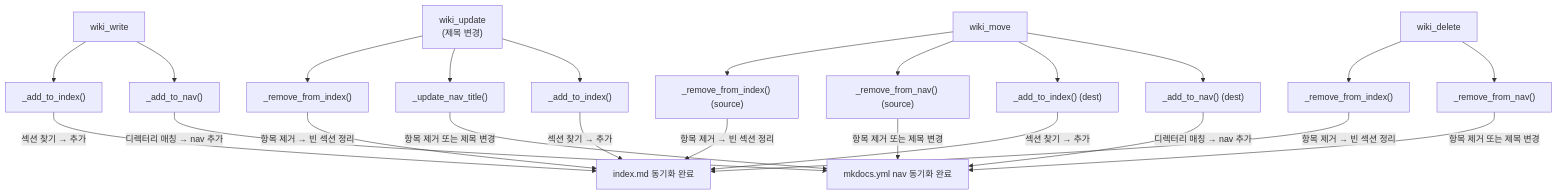
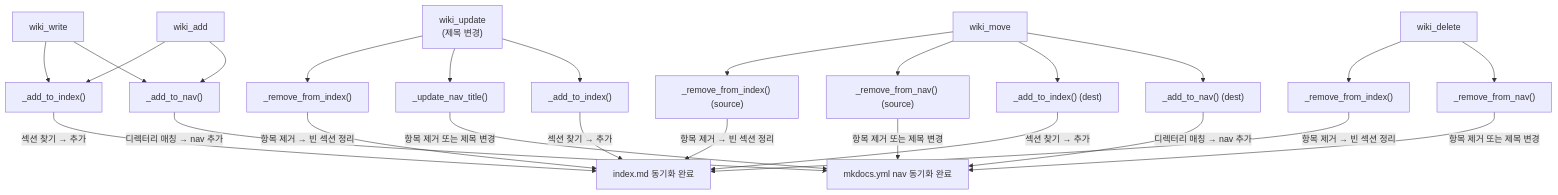
The eighth of 9 diagrams in docs/projects/wiki-mcp.md (icarus-inte01/wiki), drawn with Mermaid before and after one commit. The commit also changed other lines of this file, not shown here.

Commit message:
docs: update wiki-mcp design doc with wiki_add tool (10 tools)

````diff
--- a/docs/projects/wiki-mcp.md
+++ b/docs/projects/wiki-mcp.md
@@ -290,19 +330,21 @@
 ```mermaid
 flowchart TD
     W["wiki_write"] --> AI["_add_to_index()"]
     W --> AN["_add_to_nav()"]
+    A["wiki_add"] --> AI
+    A --> AN
     U["wiki_update<br/>(제목 변경)"] --> RI["_remove_from_index()"]
     U --> RN["_update_nav_title()"]
     U --> AI2["_add_to_index()"]
     D["wiki_delete"] --> RI2["_remove_from_index()"]
     D --> RN2["_remove_from_nav()"]
     M["wiki_move"] --> RI3["_remove_from_index() (source)"]
     M --> RN3["_remove_from_nav() (source)"]
     M --> AI3["_add_to_index() (dest)"]
     M --> AN3["_add_to_nav() (dest)"]
 
     AI & AI2 & AI3 -->|"섹션 찾기 → 추가"| L1["index.md 동기화 완료"]
     RI & RI2 & RI3 -->|"항목 제거 → 빈 섹션 정리"| L1
     AN & AN3 -->|"디렉터리 매칭 → nav 추가"| L2["mkdocs.yml nav 동기화 완료"]
     RN & RN2 & RN3 -->|"항목 제거 또는 제목 변경"| L2
 ```
````
